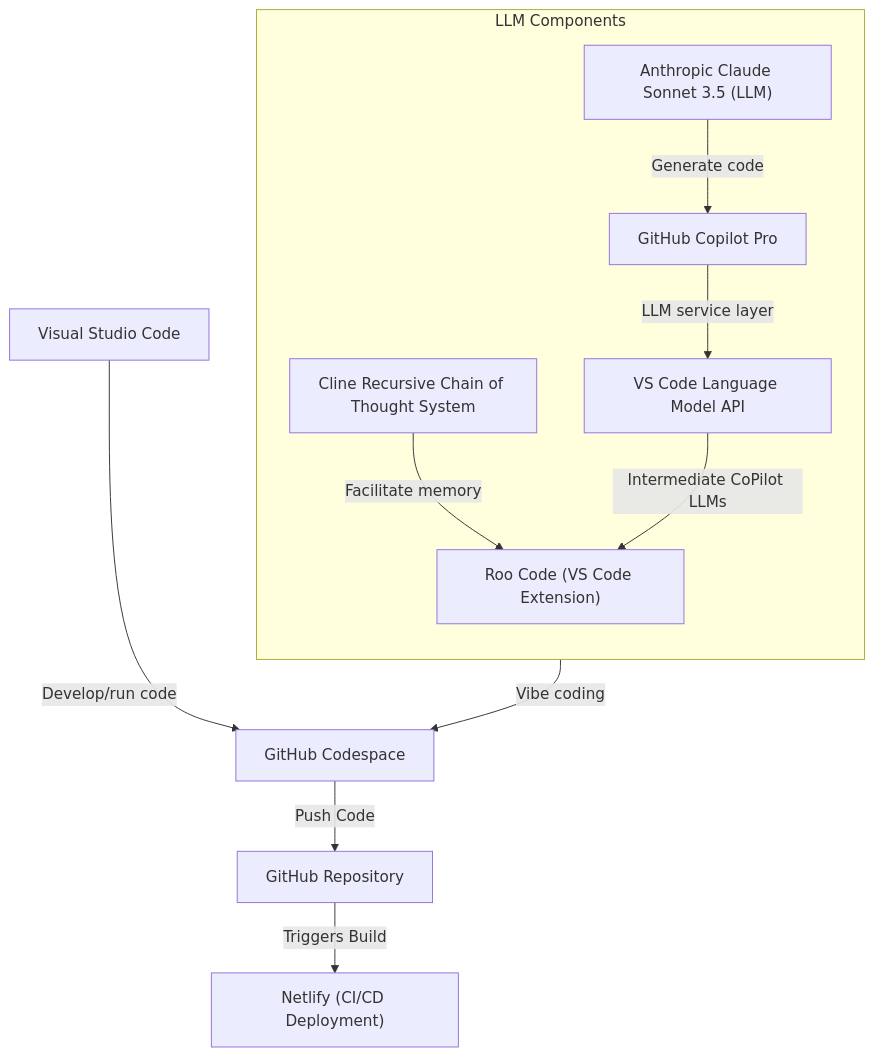
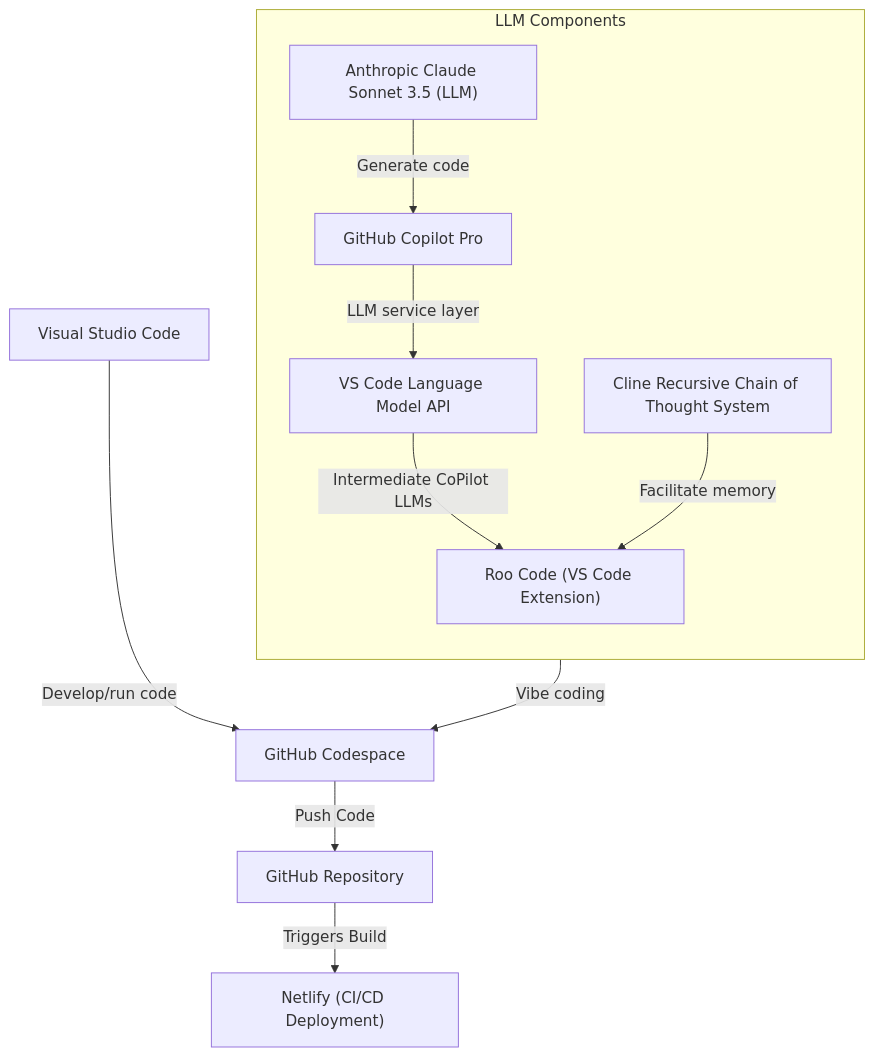
The diagram in README.md (RickRinewalt/pipeline), drawn with Mermaid before and after one commit. The commit also changed other lines of this file, not shown here.

````diff
--- a/README.md
+++ b/README.md
@@ -39,25 +38,25 @@
 ```mermaid
 graph TB
     vscode[Visual Studio Code]
     codespace[GitHub Codespace]
     github["GitHub Repository"]
     netlify["Netlify (CI/CD Deployment)"]
 
     subgraph LLM_TB [LLM Components]
       direction TB
       roo["Roo Code (VS Code Extension)"]
       crct["Cline Recursive Chain of Thought System"]
       vscode_lmapi[VS Code Language Model API]
       github_copilot[GitHub Copilot Pro]
       sonnet["Anthropic Claude Sonnet 3.5 (LLM)"]
     end
 
     github --> |Triggers Build| netlify
     codespace --> |Push Code| github
     vscode --> |Develop/run code| codespace
     roo --> |Vibe coding| codespace
-    crct --> |Facilitate memory| roo
     vscode_lmapi --> |Intermediate CoPilot LLMs| roo
     github_copilot --> |LLM service layer| vscode_lmapi
     sonnet --> |Generate code| github_copilot
+    crct --> |Facilitate memory| roo
 ```
````
